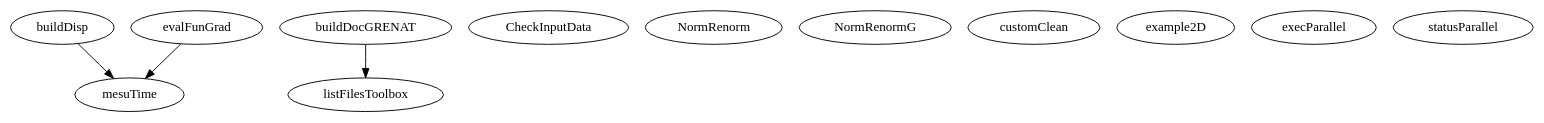
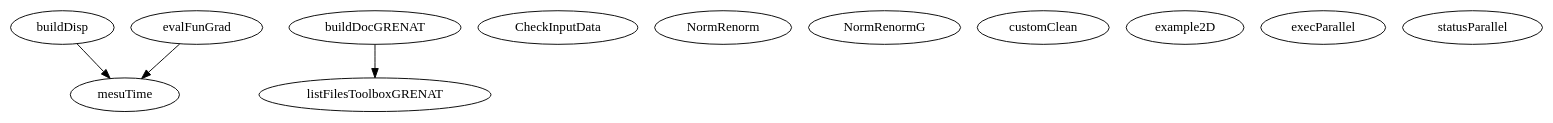
One commit to luclaurent/GRENAT changed the diagram in doc/GRENAT/src/various/graph.dot. Above: the diagram before and after it, drawn with Graphviz. The commit also changed 364 other files, not shown here.

```diff
--- a/doc/GRENAT/src/various/graph.dot
+++ b/doc/GRENAT/src/various/graph.dot
@@ -1,19 +1,19 @@
 /* Created by mdot for Matlab */
 digraph m2html {
   buildDisp -> mesuTime;
-  buildDocGRENAT -> listFilesToolbox;
+  buildDocGRENAT -> listFilesToolboxGRENAT;
   evalFunGrad -> mesuTime;
 
   CheckInputData [URL="CheckInputData.html"];
   NormRenorm [URL="NormRenorm.html"];
   NormRenormG [URL="NormRenormG.html"];
   buildDisp [URL="buildDisp.html"];
   buildDocGRENAT [URL="buildDocGRENAT.html"];
   customClean [URL="customClean.html"];
   evalFunGrad [URL="evalFunGrad.html"];
   example2D [URL="example2D.html"];
   execParallel [URL="execParallel.html"];
-  listFilesToolbox [URL="listFilesToolbox.html"];
+  listFilesToolboxGRENAT [URL="listFilesToolboxGRENAT.html"];
   mesuTime [URL="mesuTime.html"];
   statusParallel [URL="statusParallel.html"];
 }
```
